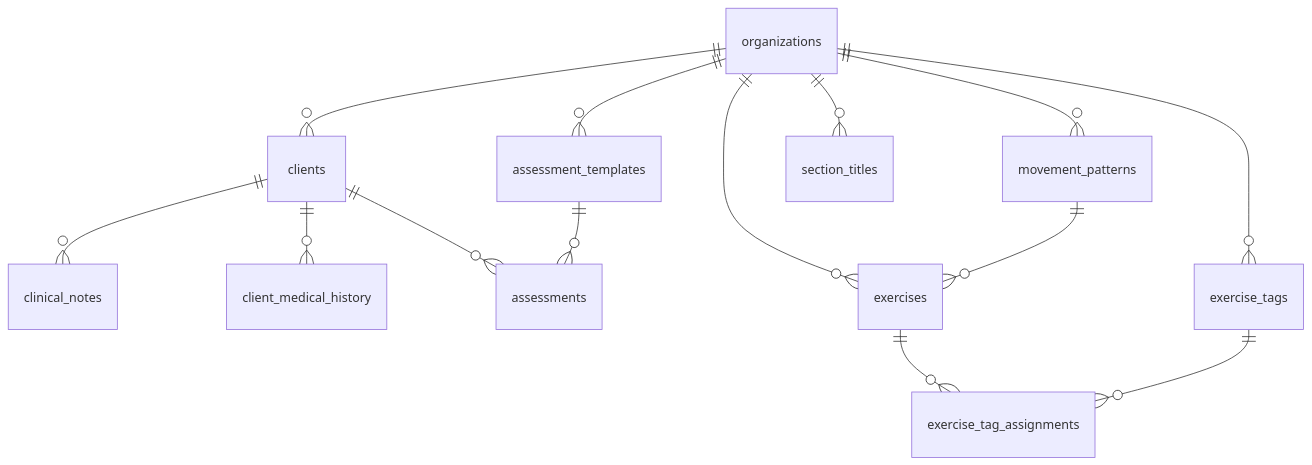
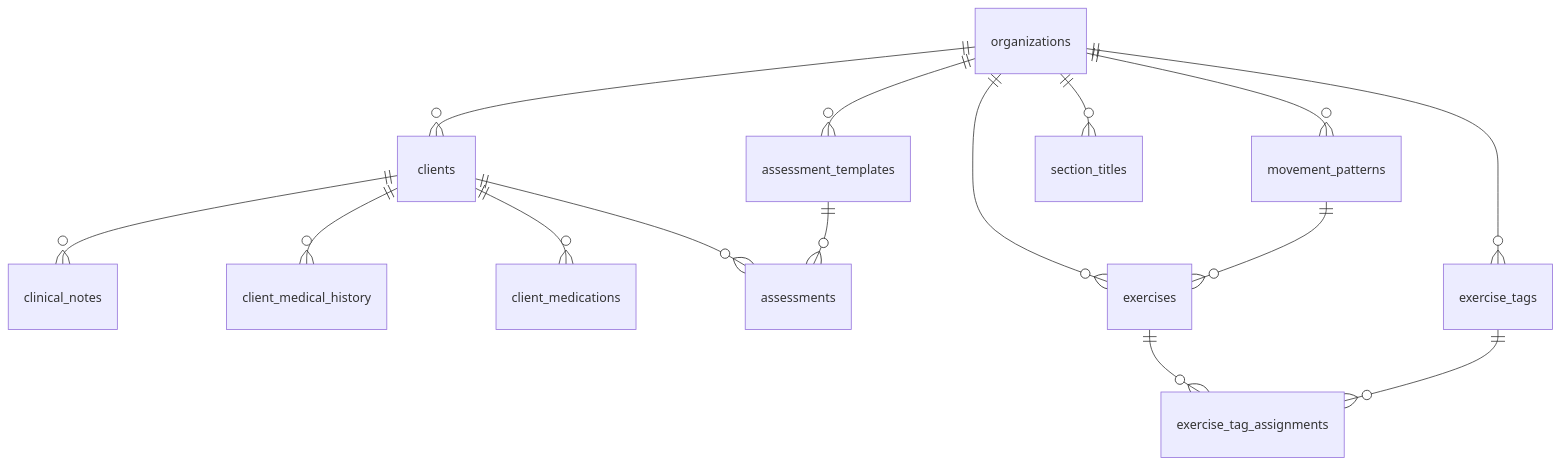
Before and after one commit to Scottyhb19/client-platform: the second of 3 diagrams in docs/schema.md, drawn with Mermaid. The commit also changed other lines of this file and 3 other files, not shown here.

First line of the commit message:
Tidy Profile schema — drop dormant medical-history severity, document medications

````diff
--- a/docs/schema.md
+++ b/docs/schema.md
@@ -236,17 +237,18 @@
 ```mermaid
 erDiagram
     organizations ||--o{ clients : ""
     clients ||--o{ clinical_notes : ""
     clients ||--o{ client_medical_history : ""
+    clients ||--o{ client_medications : ""
     clients ||--o{ assessments : ""
     assessment_templates ||--o{ assessments : ""
     organizations ||--o{ assessment_templates : ""
 
     organizations ||--o{ exercises : ""
     organizations ||--o{ exercise_tags : ""
     organizations ||--o{ movement_patterns : ""
     organizations ||--o{ section_titles : ""
     movement_patterns ||--o{ exercises : ""
     exercises ||--o{ exercise_tag_assignments : ""
     exercise_tags ||--o{ exercise_tag_assignments : ""
 ```
````
